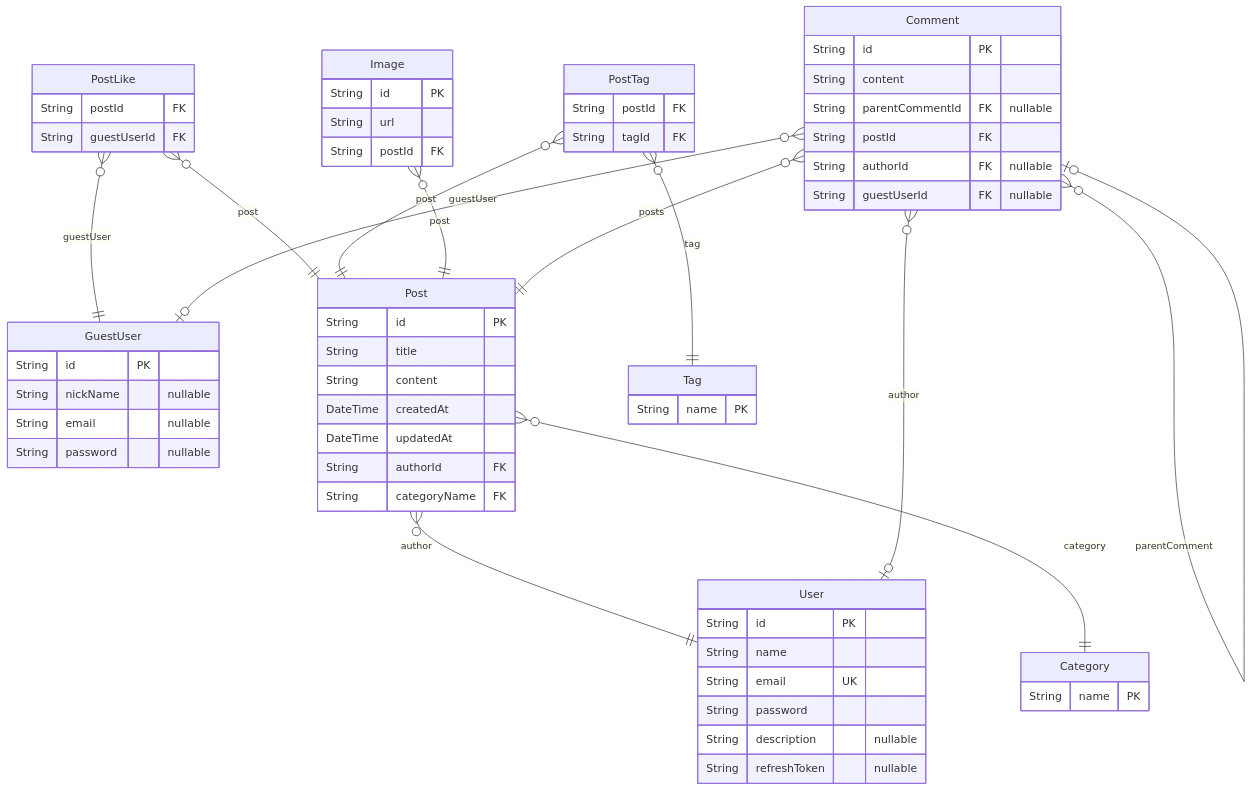
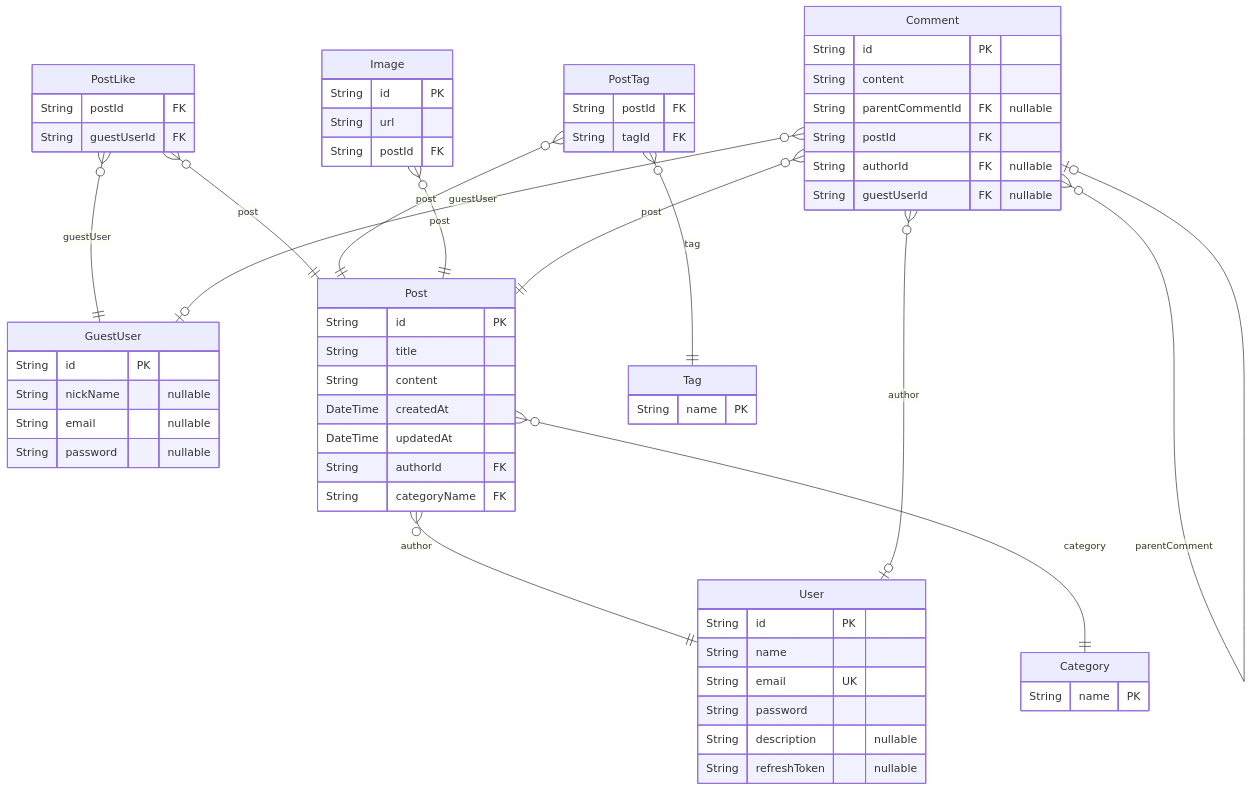
The diagram in prisma/ERD.md (JongDeug/blog-backend), drawn with Mermaid before and after one commit. The commit also changed 8 other files, not shown here.

````diff
--- a/prisma/ERD.md
+++ b/prisma/ERD.md
@@ -7,64 +7,64 @@
 ```mermaid
 erDiagram
 "User" {
   String id PK
   String name
   String email UK
   String password
   String description "nullable"
   String refreshToken "nullable"
 }
 "GuestUser" {
   String id PK
   String nickName "nullable"
   String email "nullable"
   String password "nullable"
 }
 "PostLike" {
   String postId FK
   String guestUserId FK
 }
 "Post" {
   String id PK
   String title
   String content
   DateTime createdAt
   DateTime updatedAt
   String authorId FK
   String categoryName FK
 }
 "Tag" {
   String name PK
 }
 "PostTag" {
   String postId FK
   String tagId FK
 }
 "Image" {
   String id PK
   String url
   String postId FK
 }
 "Category" {
   String name PK
 }
 "Comment" {
   String id PK
   String content
   String parentCommentId FK "nullable"
   String postId FK
   String authorId FK "nullable"
   String guestUserId FK "nullable"
 }
 "PostLike" }o--|| "Post" : post
 "PostLike" }o--|| "GuestUser" : guestUser
 "Post" }o--|| "User" : author
 "Post" }o--|| "Category" : category
 "PostTag" }o--|| "Post" : post
 "PostTag" }o--|| "Tag" : tag
 "Image" }o--|| "Post" : post
 "Comment" }o--o| "Comment" : parentComment
-"Comment" }o--|| "Post" : posts
+"Comment" }o--|| "Post" : post
 "Comment" }o--o| "User" : author
 "Comment" }o--o| "GuestUser" : guestUser
 ```
````
